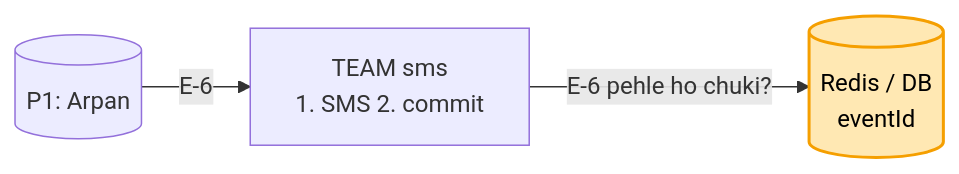
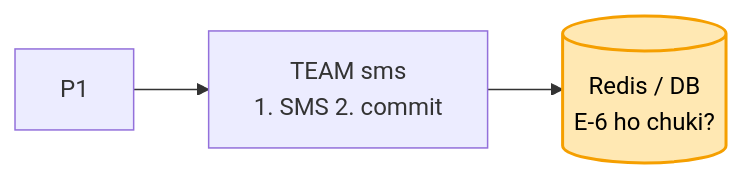
The fifth of 8 diagrams in 04_HLD/SYSTEM_DESIGNS/12_message_queue_kafka/KAFKA_HAND_NOTES.md (ArpanMaheshwari144/Prep), drawn with Mermaid before and after one commit. The commit also changed other lines of this file and 1 other file, not shown here.

Commit message:
HLD kafka: notes dobara (chhoti kahani lines) + 3 cross-Q dono file me (lag 7 din, min.insync pe order, SMS company band = breaker) + diagram saaf

````diff
--- a/04_HLD/SYSTEM_DESIGNS/12_message_queue_kafka/KAFKA_HAND_NOTES.md
+++ b/04_HLD/SYSTEM_DESIGNS/12_message_queue_kafka/KAFKA_HAND_NOTES.md
@@ -124,6 +114,6 @@
 ```mermaid
 flowchart LR
-    P1[("P1: Arpan")] -- "E-6" --> A["TEAM sms<br/>1. SMS 2. commit"]
-    A -- "E-6 pehle ho chuki?" --> R[("Redis / DB<br/>eventId")]
+    P1["P1"] --> A["TEAM sms<br/>1. SMS 2. commit"]
+    A --> R[("Redis / DB<br/>E-6 ho chuki?")]
     style R fill:#ffe8b3,stroke:#f59f00,stroke-width:2px,color:#000
 ```
````
